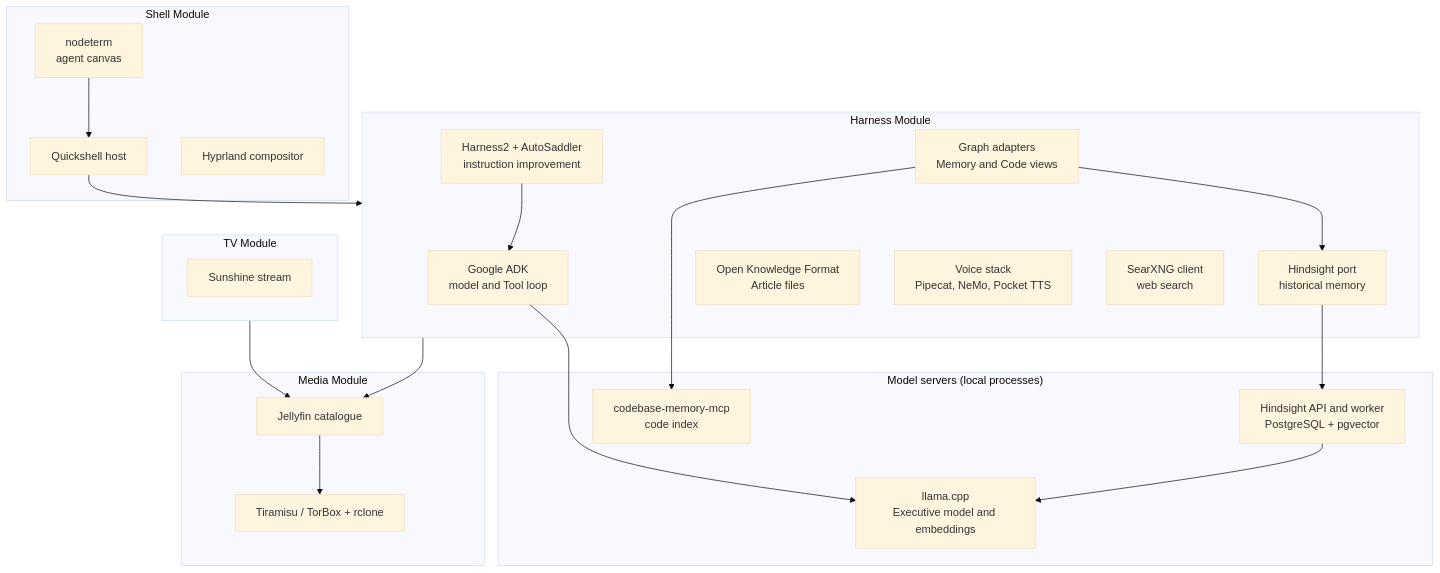
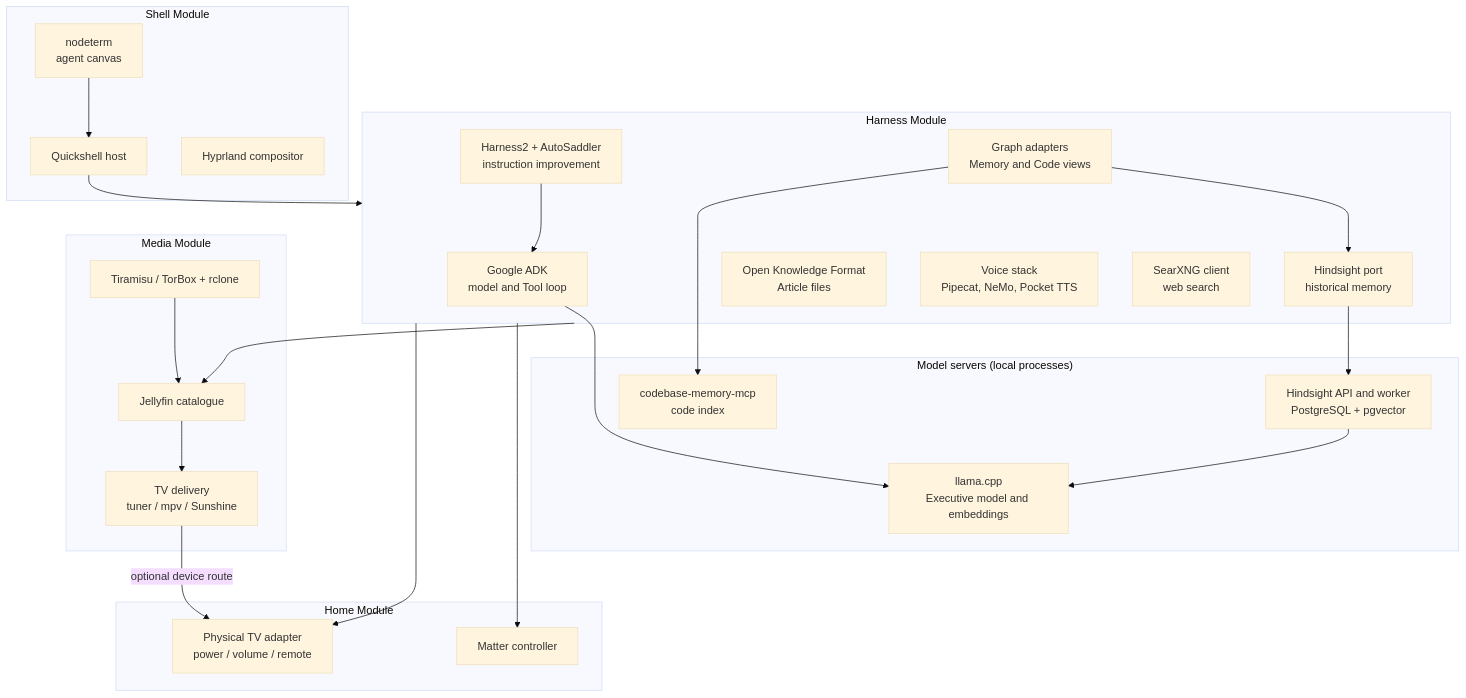
The diagram in docs/integrations/index.md (Resource-Hacker/obsidience), drawn with Mermaid (base theme) before and after one commit. The commit also changed other lines of this file and 25 other files, not shown here.

````diff
--- a/docs/integrations/index.md
+++ b/docs/integrations/index.md
@@ -26,40 +28,45 @@
 ```mermaid
 flowchart TB
   subgraph Harness["Harness Module"]
     adk["Google ADK<br/>model and Tool loop"]
     opt["Harness2 + AutoSaddler<br/>instruction improvement"]
     mem["Hindsight port<br/>historical memory"]
     okf["Open Knowledge Format<br/>Article files"]
     voice["Voice stack<br/>Pipecat, NeMo, Pocket TTS"]
     web["SearXNG client<br/>web search"]
     graphs["Graph adapters<br/>Memory and Code views"]
   end
   subgraph Models["Model servers (local processes)"]
     llama["llama.cpp<br/>Executive model and embeddings"]
     hs["Hindsight API and worker<br/>PostgreSQL + pgvector"]
     cbm["codebase-memory-mcp<br/>code index"]
   end
   subgraph Shell["Shell Module"]
     qs["Quickshell host"]
     hypr["Hyprland compositor"]
     canvas["nodeterm<br/>agent canvas"]
   end
   subgraph MediaM["Media Module"]
     jf["Jellyfin catalogue"]
     tir["Tiramisu / TorBox + rclone"]
+    sun["TV delivery<br/>tuner / mpv / Sunshine"]
   end
-  subgraph TV["TV Module"]
-    sun["Sunshine stream"]
+  subgraph Home["Home Module"]
+    lamps["Matter controller"]
+    tv["Physical TV adapter<br/>power / volume / remote"]
   end
   adk --> llama
   opt --> adk
   mem --> hs
   hs --> llama
   graphs --> mem
   graphs --> cbm
   qs --> Harness
   canvas --> qs
   Harness --> jf
-  jf --> tir
-  TV --> jf
+  tir --> jf
+  jf --> sun
+  sun -->|"optional device route"| tv
+  Harness --> lamps
+  Harness --> tv
 ```
````
